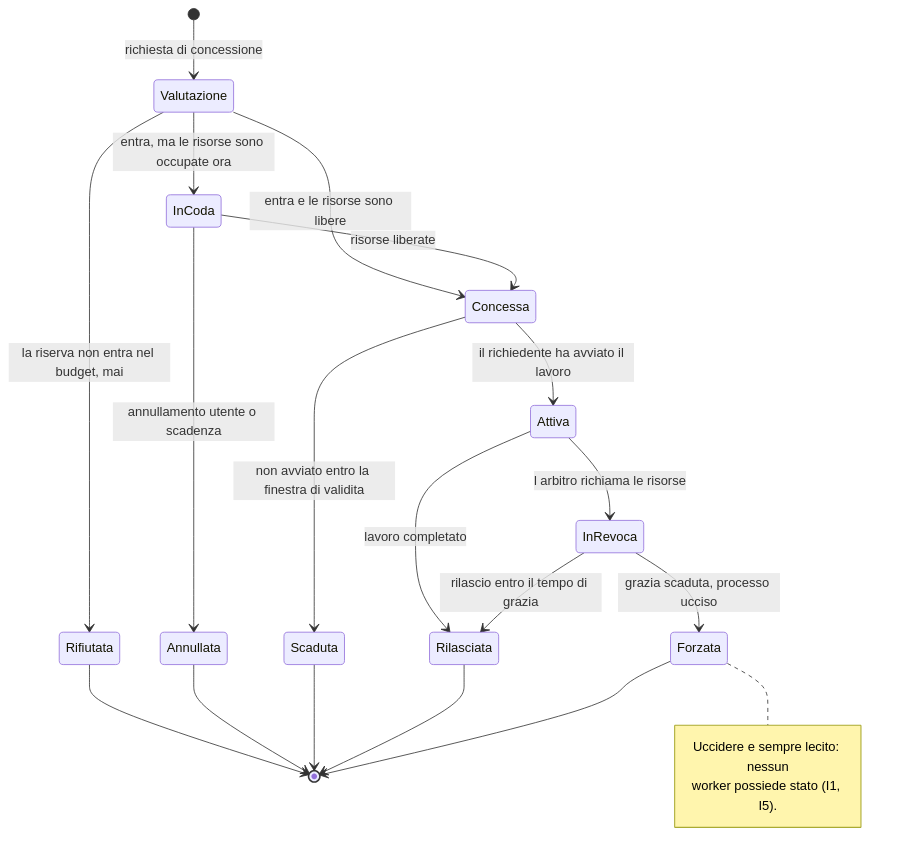
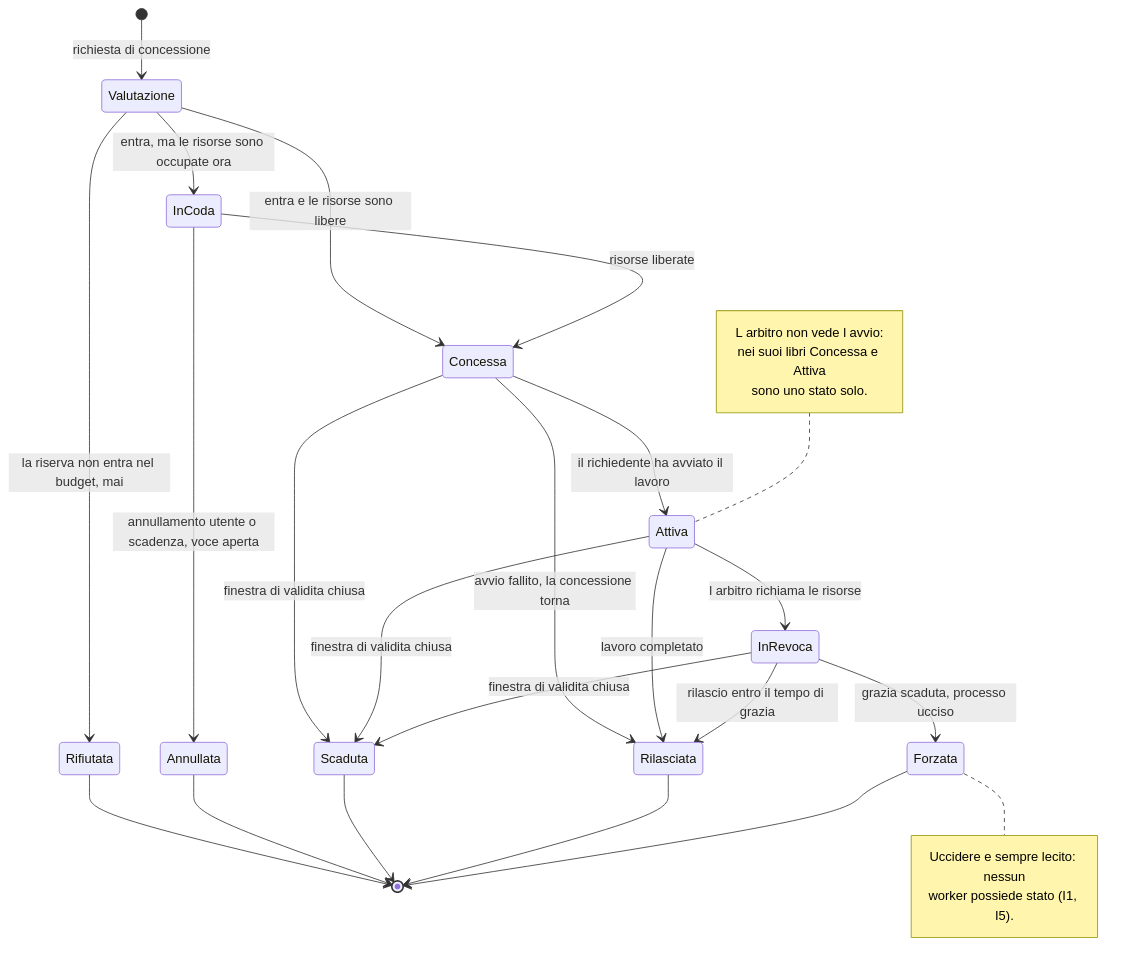
The first of 2 diagrams in docs/design/02-arbitrato-gpu.md (devfrx/daemon), drawn with Mermaid before and after one commit. The commit also changed other lines of this file and 3 other files, not shown here.

First line of the commit message:
audit(2026-09-30): La regola 2 del README e i diagrammi 01-03

````diff
--- a/docs/design/02-arbitrato-gpu.md
+++ b/docs/design/02-arbitrato-gpu.md
@@ -68,31 +77,40 @@
 ```mermaid
 stateDiagram-v2
     [*] --> Valutazione : richiesta di concessione
 
     Valutazione --> Rifiutata : la riserva non entra nel budget, mai
     Valutazione --> InCoda : entra, ma le risorse sono occupate ora
     Valutazione --> Concessa : entra e le risorse sono libere
 
     InCoda --> Concessa : risorse liberate
-    InCoda --> Annullata : annullamento utente o scadenza
+    InCoda --> Annullata : annullamento utente o scadenza, voce aperta
 
     Concessa --> Attiva : il richiedente ha avviato il lavoro
-    Concessa --> Scaduta : non avviato entro la finestra di validita
+    Concessa --> Rilasciata : avvio fallito, la concessione torna
+    Concessa --> Scaduta : finestra di validita chiusa
 
     Attiva --> Rilasciata : lavoro completato
     Attiva --> InRevoca : l arbitro richiama le risorse
+    Attiva --> Scaduta : finestra di validita chiusa
 
     InRevoca --> Rilasciata : rilascio entro il tempo di grazia
     InRevoca --> Forzata : grazia scaduta, processo ucciso
+    InRevoca --> Scaduta : finestra di validita chiusa
 
     Rifiutata --> [*]
     Annullata --> [*]
     Scaduta --> [*]
     Rilasciata --> [*]
     Forzata --> [*]
 
     note right of Forzata
         Uccidere e sempre lecito: nessun
         worker possiede stato (I1, I5).
     end note
+
+    note left of Attiva
+        L arbitro non vede l avvio:
+        nei suoi libri Concessa e Attiva
+        sono uno stato solo.
+    end note
 ```
````
